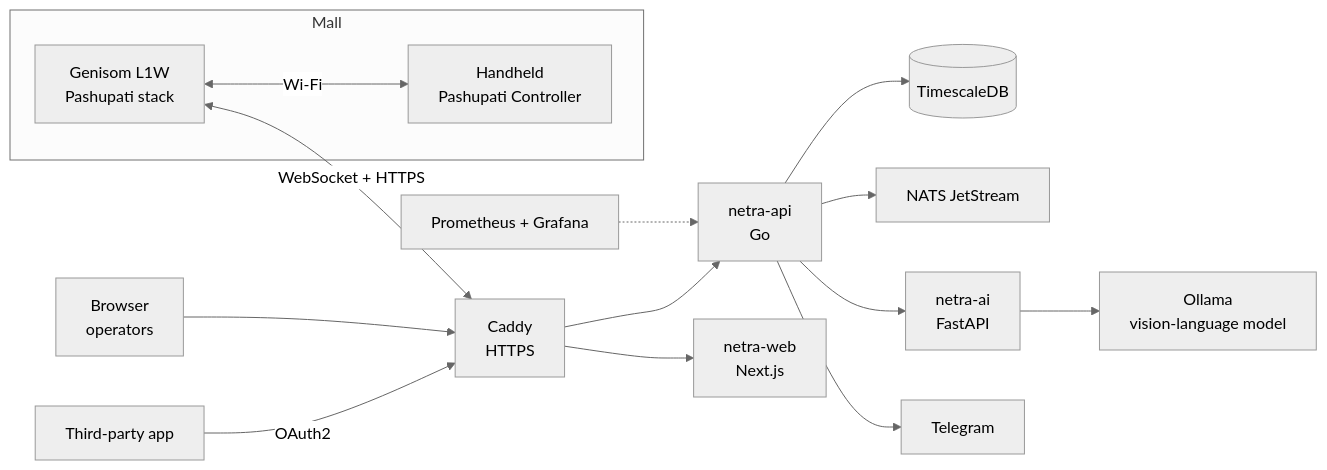
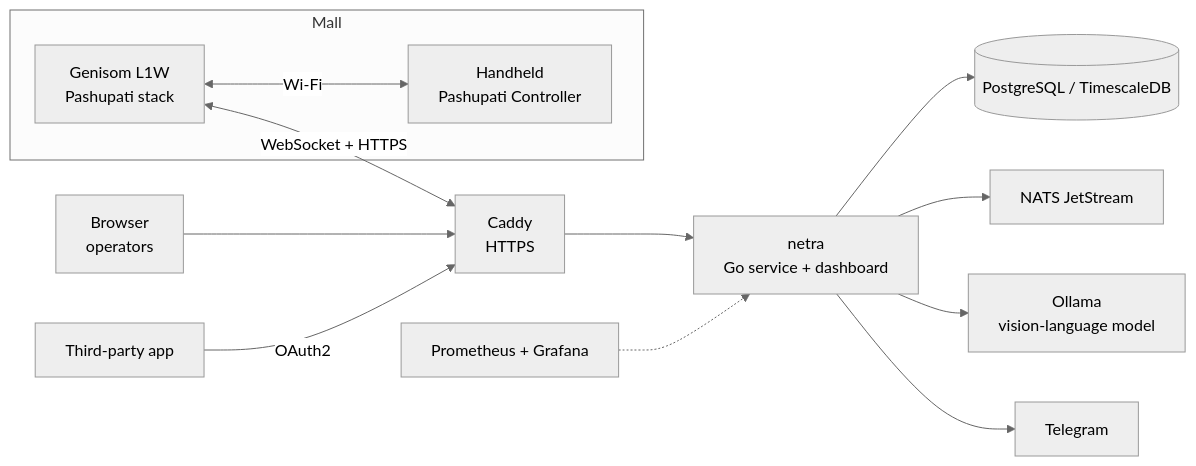
One commit to DarmawanWeb/Netra changed the diagram in README.md. Above: the diagram before and after it, drawn with Mermaid (neutral theme). The commit also changed other lines of this file and 5 other files, not shown here.

````diff
--- a/README.md
+++ b/README.md
@@ -71,16 +71,15 @@
 ```mermaid
 flowchart LR
     subgraph Site[Mall]
         R[Genisom L1W<br/>Pashupati stack] <-- Wi-Fi --> H[Handheld<br/>Pashupati Controller]
     end
     R <-- WebSocket + HTTPS --> C[Caddy<br/>HTTPS]
     B[Browser<br/>operators] --> C
     P[Third-party app] -- OAuth2 --> C
-    C --> API[netra-api<br/>Go]
-    C --> WEB[netra-web<br/>Next.js]
-    API --> DB[(TimescaleDB)]
+    C --> API[netra<br/>Go service + dashboard]
+    API --> DB[(PostgreSQL / TimescaleDB)]
     API --> NATS[NATS JetStream]
-    API --> AI[netra-ai<br/>FastAPI] --> OL[Ollama<br/>vision-language model]
+    API --> OL[Ollama<br/>vision-language model]
     API --> TG[Telegram]
     PR[Prometheus + Grafana] -.-> API
 ```
````
